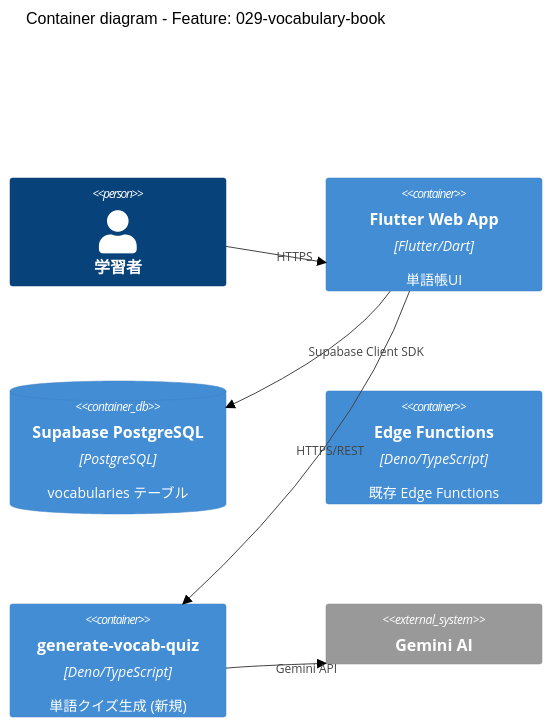
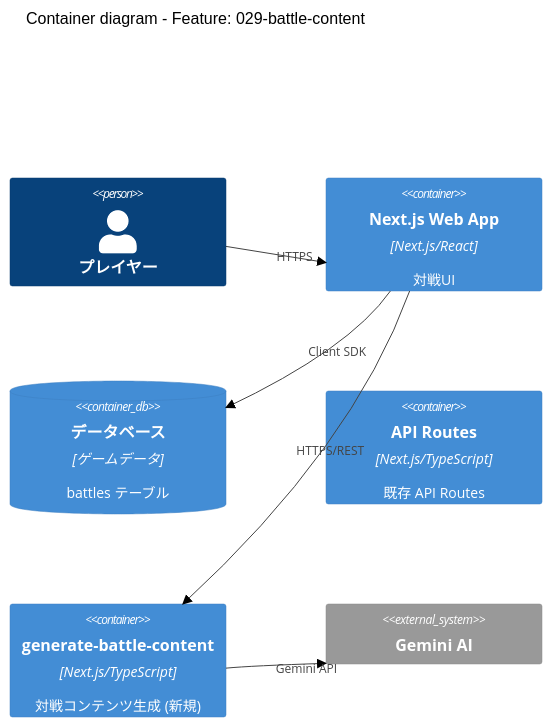
One commit to buddypia/kaiju-voice changed the eighth of 9 diagrams in .claude/skills/system-designer/references/mermaid-c4-patterns.md. Above: the diagram before and after it, drawn with Mermaid (neutral theme). The commit also changed other lines of this file and 353 other files, not shown here.

````diff
--- a/.claude/skills/system-designer/references/mermaid-c4-patterns.md
+++ b/.claude/skills/system-designer/references/mermaid-c4-patterns.md
@@ -259,18 +259,18 @@
 ```mermaid
 C4Container
-  title Container diagram - Feature: 029-vocabulary-book
+  title Container diagram - Feature: 029-battle-content
 
-  Person(learner, "学習者")
+  Person(player, "プレイヤー")
 
-  Container(webapp, "Flutter Web App", "Flutter/Dart", "単語帳UI")
-  ContainerDb(db, "Supabase PostgreSQL", "PostgreSQL", "vocabularies テーブル")
-  Container(edgeFn, "Edge Functions", "Deno/TypeScript", "既存 Edge Functions")
-  Container(newEdgeFn, "generate-vocab-quiz", "Deno/TypeScript", "単語クイズ生成 (新規)")
+  Container(webapp, "Next.js Web App", "Next.js/React", "対戦UI")
+  ContainerDb(db, "データベース", "ゲームデータ", "battles テーブル")
+  Container(apiRoutes, "API Routes", "Next.js/TypeScript", "既存 API Routes")
+  Container(newApiRoute, "generate-battle-content", "Next.js/TypeScript", "対戦コンテンツ生成 (新規)")
 
   System_Ext(geminiAI, "Gemini AI")
 
-  Rel(learner, webapp, "HTTPS")
-  Rel(webapp, db, "Supabase Client SDK")
-  Rel(webapp, newEdgeFn, "HTTPS/REST")
-  Rel(newEdgeFn, geminiAI, "Gemini API")
+  Rel(player, webapp, "HTTPS")
+  Rel(webapp, db, "Client SDK")
+  Rel(webapp, newApiRoute, "HTTPS/REST")
+  Rel(newApiRoute, geminiAI, "Gemini API")
 ```
````
